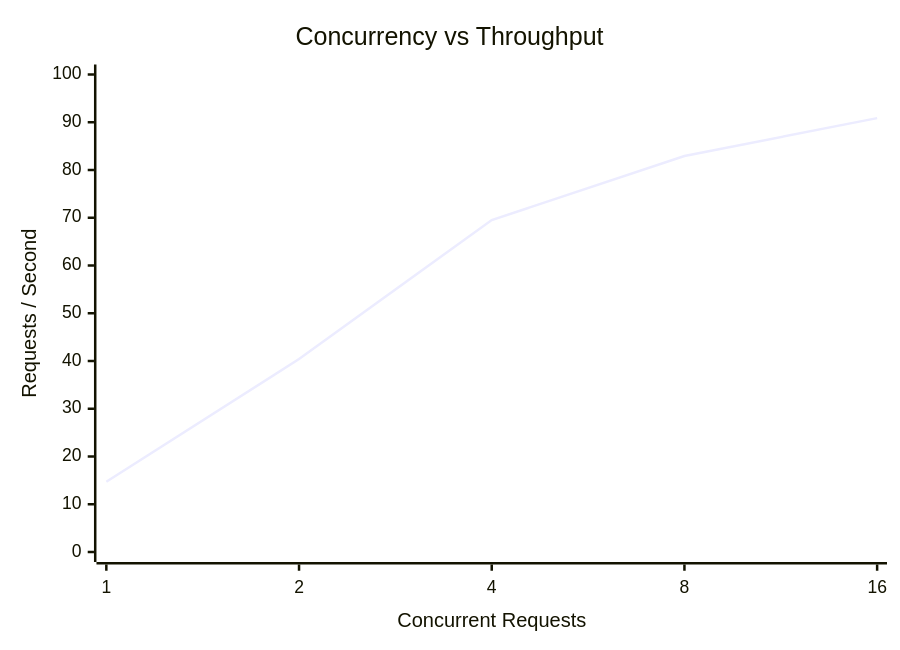
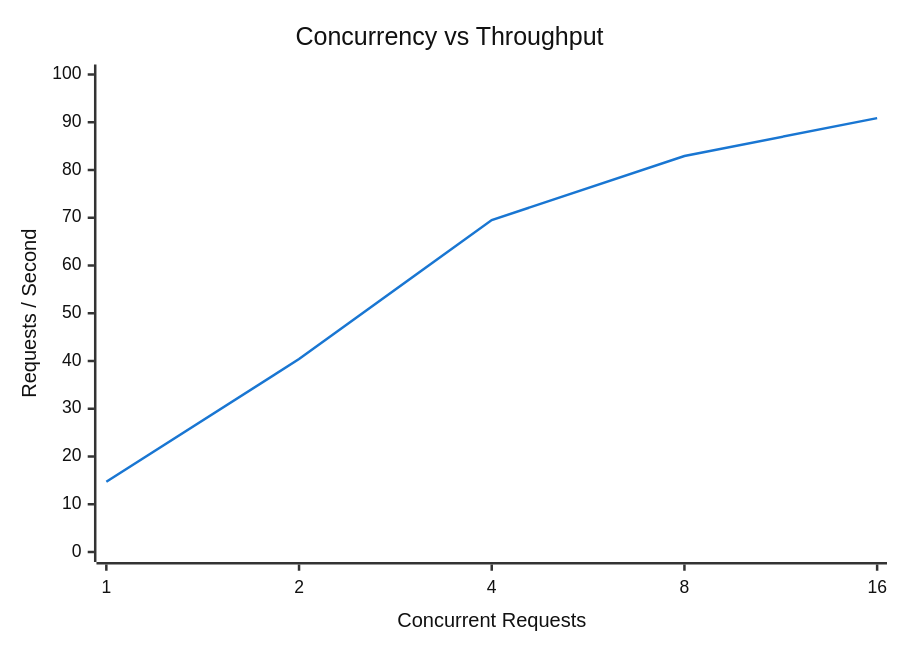
The third of 4 diagrams in README.md (chaitanya-m5/CC-hospital-microservices), drawn with Mermaid before and after one commit. The commit also changed other lines of this file, not shown here.

First line of the commit message:
Refactor README with updated charts and table format

````diff
--- a/README.md
+++ b/README.md
@@ -203,9 +218,24 @@
 ```mermaid
-%%{init: {'theme':'default', 'themeVariables': {'primaryColor':'#2979FF', 'lineColor':'#2979FF', 'primaryTextColor':'#000000', 'primaryBorderColor':'#2979FF', 'textColor':'#000000'}}}%%
-
+---
+config:
+  theme: base
+  themeVariables:
+    xyChart:
+      backgroundColor: "#FFFFFF"
+      titleColor: "#111111"
+      xAxisLabelColor: "#111111"
+      xAxisTitleColor: "#111111"
+      xAxisTickColor: "#333333"
+      xAxisLineColor: "#333333"
+      yAxisLabelColor: "#111111"
+      yAxisTitleColor: "#111111"
+      yAxisTickColor: "#333333"
+      yAxisLineColor: "#333333"
+      plotColorPalette: "#1976D2"
+---
 xychart-beta
     title "Concurrency vs Throughput"
     x-axis "Concurrent Requests" [1, 2, 4, 8, 16]
     y-axis "Requests / Second" 0 --> 100
     line [14.71, 40.42, 69.52, 82.93, 90.86]
 ```
````
